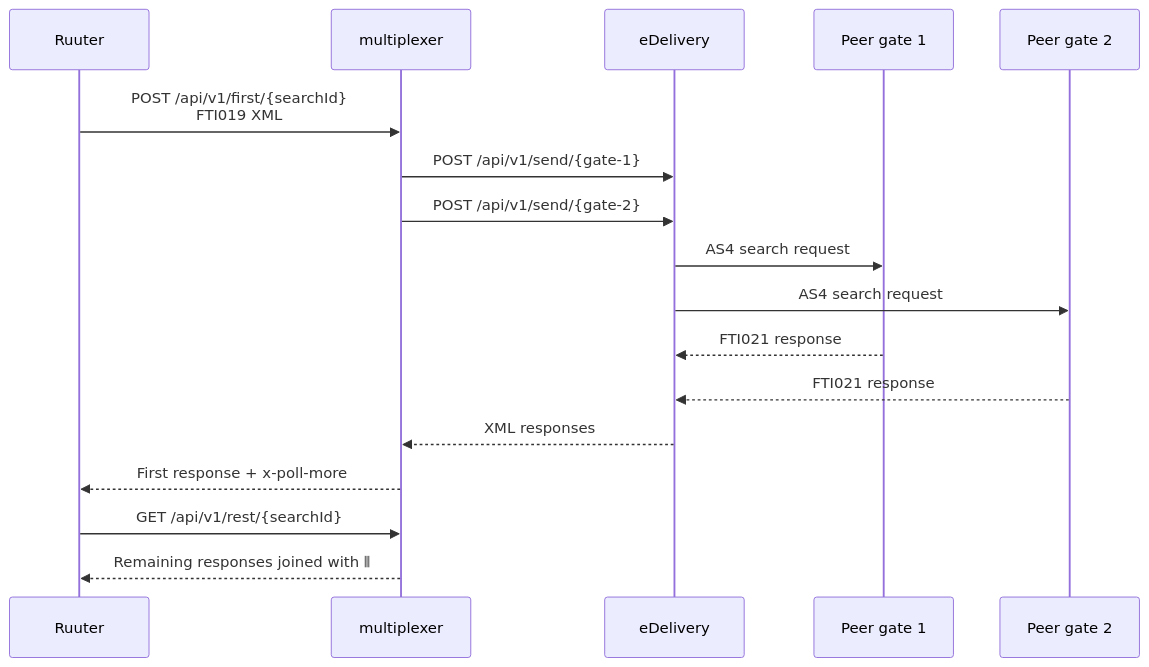
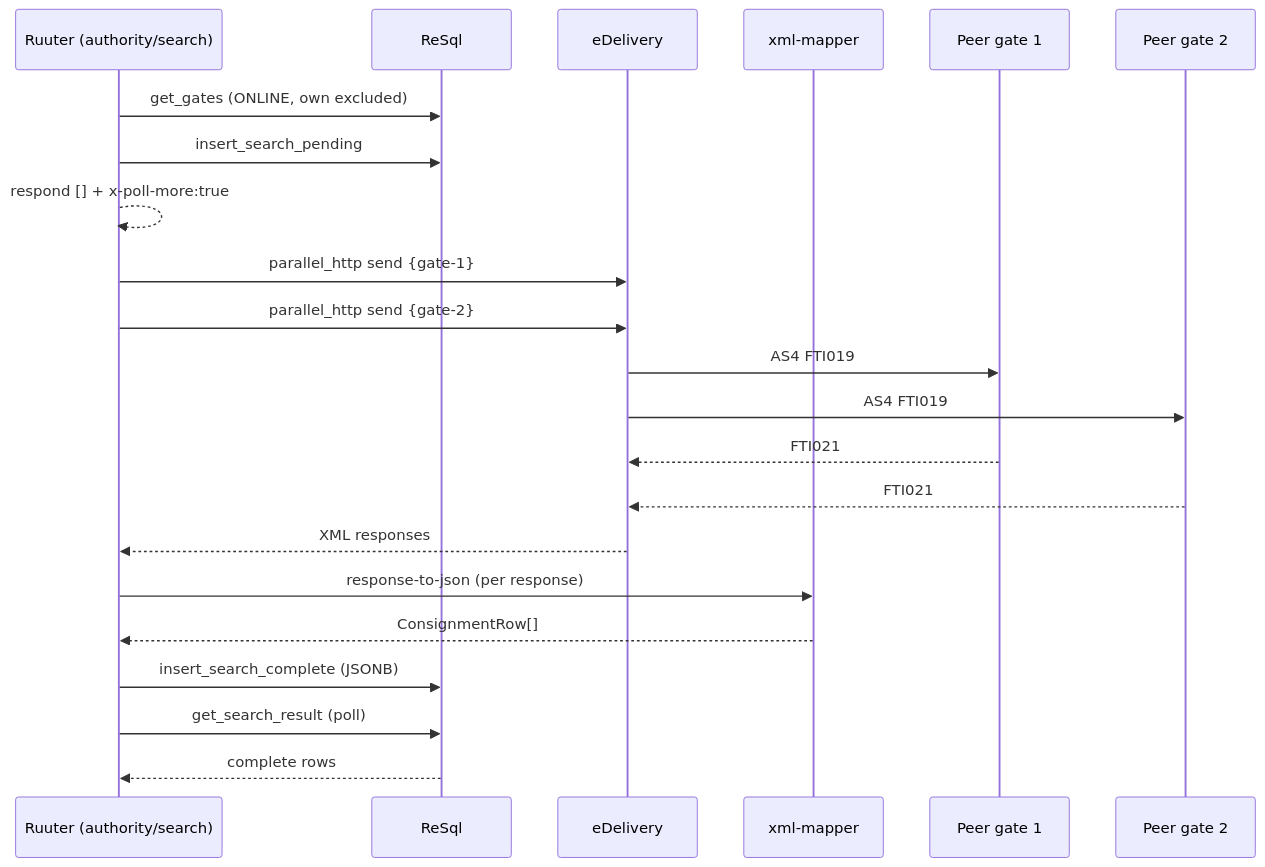
One commit to kemit-ee/efti-gate-ee changed the fourth of 5 diagrams in docs/architecture/integrations/internal-kotlin-services.md. Above: the diagram before and after it, drawn with Mermaid. The commit also changed other lines of this file and 50 other files, not shown here.

Commit message:
K4-IMPL - Absorb multiplexer into Ruuter

````diff
--- a/docs/architecture/integrations/internal-kotlin-services.md
+++ b/docs/architecture/integrations/internal-kotlin-services.md
@@ -175,20 +190,25 @@
 ```mermaid
 sequenceDiagram
-    participant R as Ruuter
-    participant M as multiplexer
+    participant R as Ruuter (authority/search)
+    participant DB as ReSql
     participant E as eDelivery
+    participant X as xml-mapper
     participant G1 as Peer gate 1
     participant G2 as Peer gate 2
 
-    R->>M: POST /api/v1/first/{searchId}<br/>FTI019 XML
-    M->>E: POST /api/v1/send/{gate-1}
-    M->>E: POST /api/v1/send/{gate-2}
-    E->>G1: AS4 search request
-    E->>G2: AS4 search request
-    G1-->>E: FTI021 response
-    G2-->>E: FTI021 response
-    E-->>M: XML responses
-    M-->>R: First response + x-poll-more
-    R->>M: GET /api/v1/rest/{searchId}
-    M-->>R: Remaining responses joined with ⦀
+    R->>DB: get_gates (ONLINE, own excluded)
+    R->>DB: insert_search_pending
+    R-->>R: respond [] + x-poll-more:true
+    R->>E: parallel_http send {gate-1}
+    R->>E: parallel_http send {gate-2}
+    E->>G1: AS4 FTI019
+    E->>G2: AS4 FTI019
+    G1-->>E: FTI021
+    G2-->>E: FTI021
+    E-->>R: XML responses
+    R->>X: response-to-json (per response)
+    X-->>R: ConsignmentRow[]
+    R->>DB: insert_search_complete (JSONB)
+    R->>DB: get_search_result (poll)
+    DB-->>R: complete rows
 ```
````
